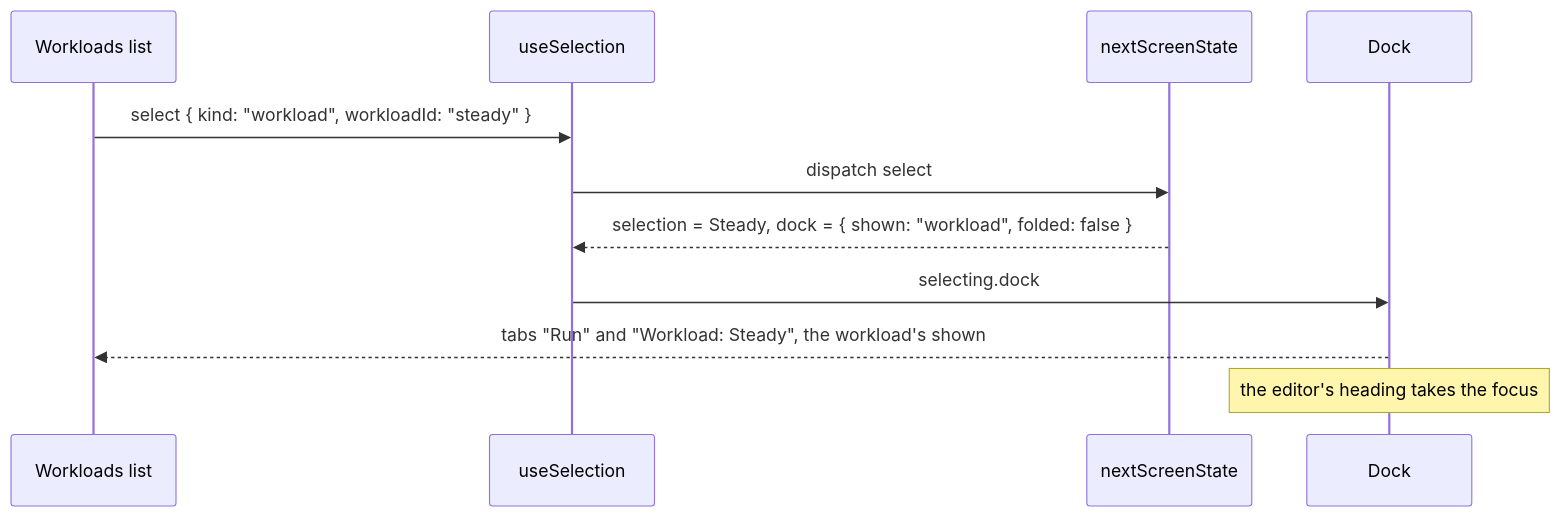
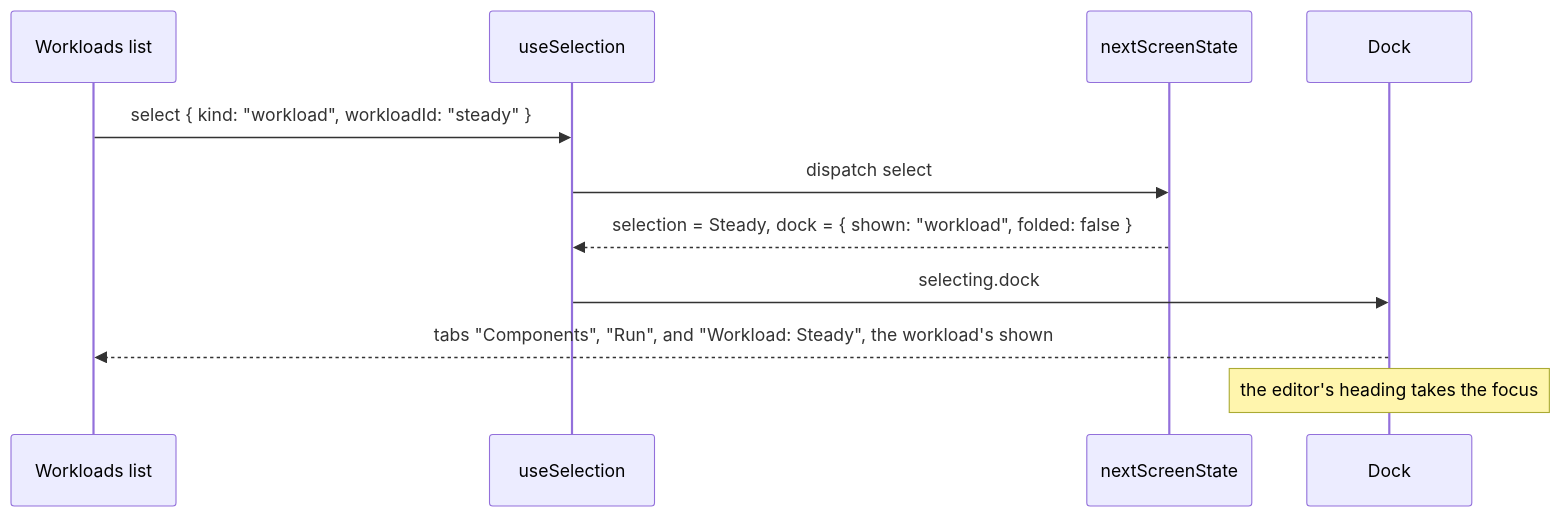
The fourth of 4 diagrams in docs/architecture/user-interface.md (alanbickel/wind-tunnel), drawn with Mermaid before and after one commit. The commit also changed other lines of this file and 34 other files, not shown here.

Commit message:
feat(ui): add the dock's Components tab, and remove "As text" (#266)

````diff
--- a/docs/architecture/user-interface.md
+++ b/docs/architecture/user-interface.md
@@ -278,13 +278,13 @@
 ```mermaid
 sequenceDiagram
     participant list as Workloads list
     participant selection as useSelection
     participant state as nextScreenState
     participant dock as Dock
     list->>selection: select { kind: "workload", workloadId: "steady" }
     selection->>state: dispatch select
     state-->>selection: selection = Steady, dock = { shown: "workload", folded: false }
     selection->>dock: selecting.dock
-    dock-->>list: tabs "Run" and "Workload: Steady", the workload's shown
+    dock-->>list: tabs "Components", "Run", and "Workload: Steady", the workload's shown
     Note over dock: the editor's heading takes the focus
 ```
````
